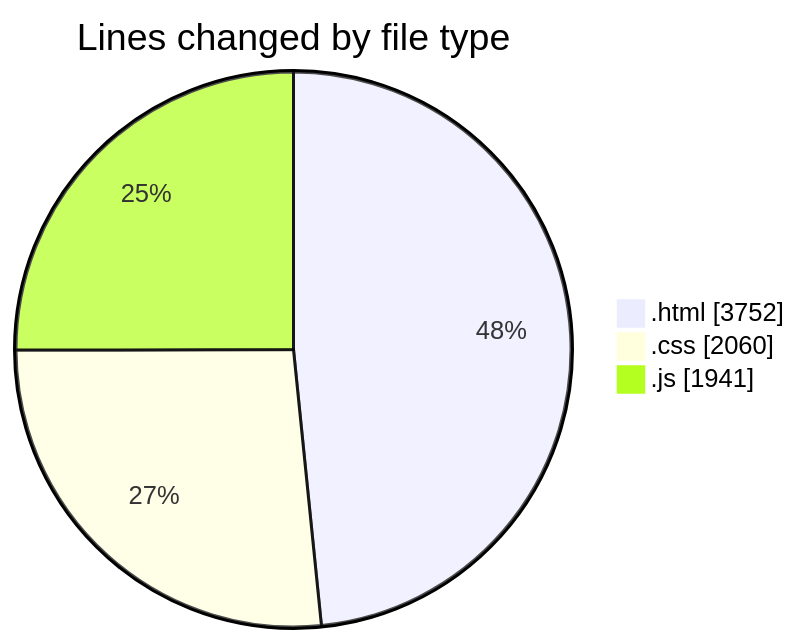
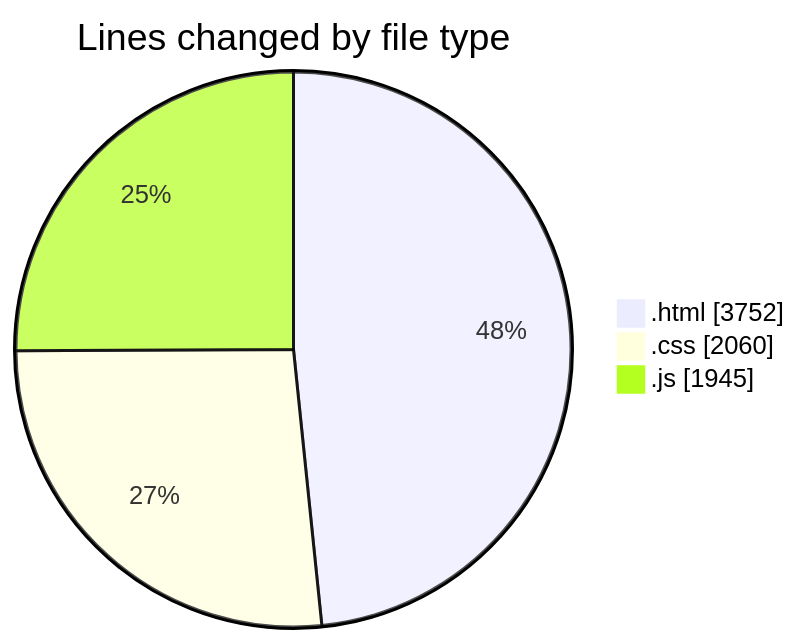
The first of 2 diagrams in 2025-05-24/projects/README.md (Ritupan-Deka/code-tracking), drawn with Mermaid before and after one commit. The commit also changed other lines of this file and 1 other file, not shown here.

````diff
--- a/2025-05-24/projects/README.md
+++ b/2025-05-24/projects/README.md
@@ -25,7 +25,7 @@
 ```mermaid
 pie showData
 title Lines changed by file type
 ".html" : 3752
 ".css" : 2060
-".js" : 1941
+".js" : 1945
 ```
````
